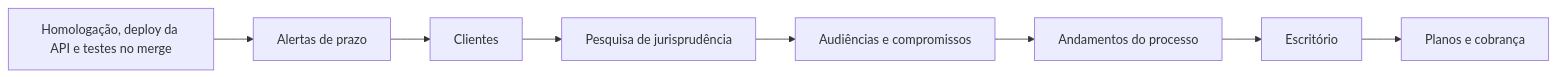
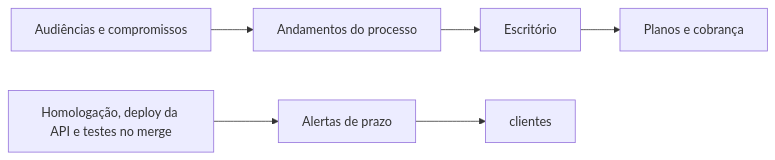
One commit to yasmintrentinfanfa/front_sophia changed the diagram in docs/roadmap-evolucao-tecnologica.md. Above: the diagram before and after it, drawn with Mermaid.

````diff
--- a/docs/roadmap-evolucao-tecnologica.md
+++ b/docs/roadmap-evolucao-tecnologica.md
@@ -107,19 +107,15 @@
 ```mermaid
 flowchart LR
   base[Homologação, deploy da API e testes no merge]
   alertas[Alertas de prazo]
-  clientes[Clientes]
-  juris[Pesquisa de jurisprudência]
   agenda[Audiências e compromissos]
   andamentos[Andamentos do processo]
   escritorio[Escritório]
   planos[Planos e cobrança]
 
   base --> alertas
   alertas --> clientes
-  clientes --> juris
-  juris --> agenda
   agenda --> andamentos
   andamentos --> escritorio
   escritorio --> planos
 ```
````
